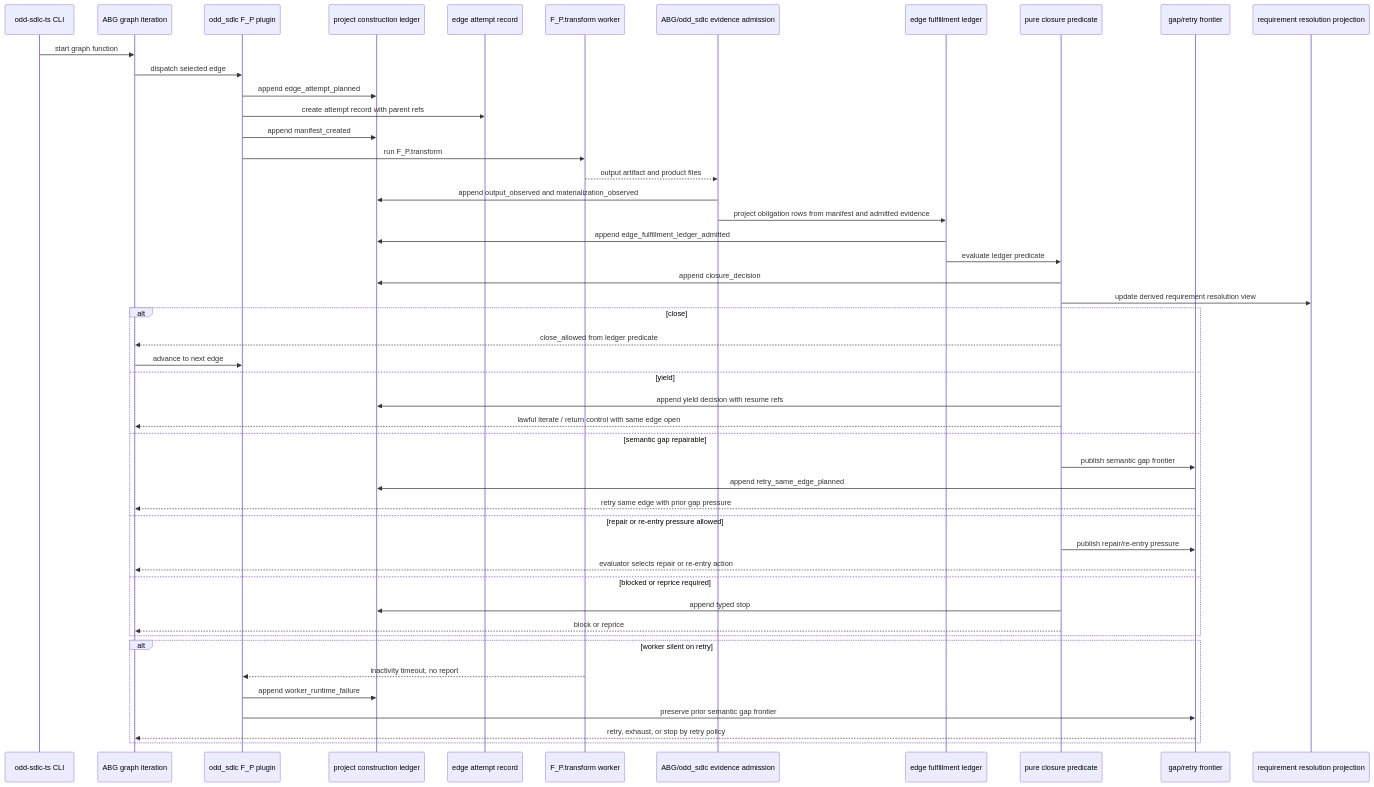
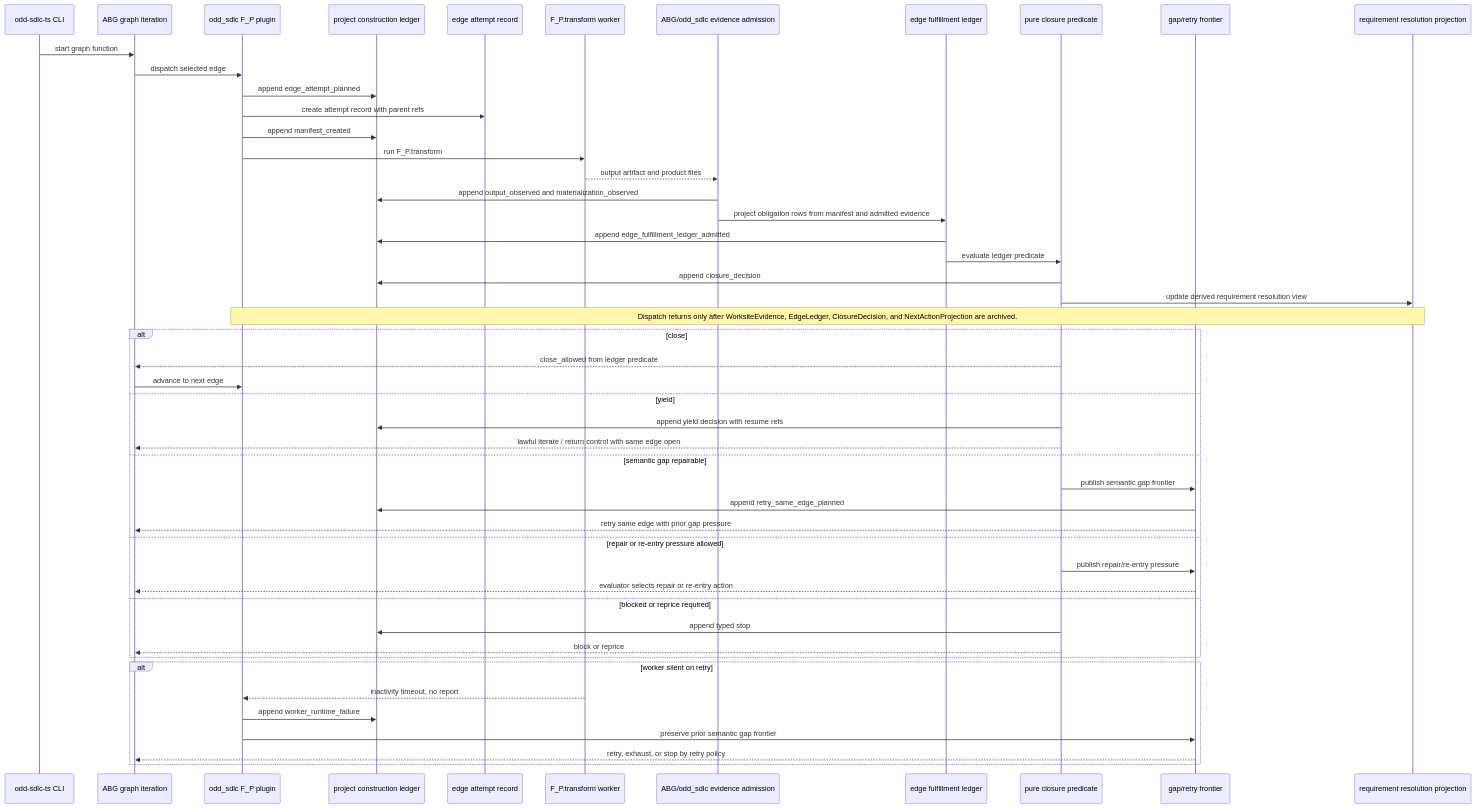
The sixth of 6 diagrams in build_tenants/typescript/design/ODD_SDLC_TYPESCRIPT_TRAVERSAL_LEDGER_SOLUTION.md (foolishimp/odd_sdlc), drawn with Mermaid before and after one commit. The commit also changed 18 other files, not shown here.

````diff
--- a/build_tenants/typescript/design/ODD_SDLC_TYPESCRIPT_TRAVERSAL_LEDGER_SOLUTION.md
+++ b/build_tenants/typescript/design/ODD_SDLC_TYPESCRIPT_TRAVERSAL_LEDGER_SOLUTION.md
@@ -783,53 +783,55 @@
 ```mermaid
 sequenceDiagram
   participant CLI as odd-sdlc-ts CLI
   participant ABG as ABG graph iteration
   participant Operator as odd_sdlc F_P plugin
   participant ProjectLedger as project construction ledger
   participant EdgeAttempt as edge attempt record
   participant Worker as F_P.transform worker
   participant Observe as ABG/odd_sdlc evidence admission
   participant EdgeLedger as edge fulfillment ledger
   participant Fold as pure closure predicate
   participant Frontier as gap/retry frontier
   participant Projection as requirement resolution projection
 
   CLI->>ABG: start graph function
   ABG->>Operator: dispatch selected edge
   Operator->>ProjectLedger: append edge_attempt_planned
   Operator->>EdgeAttempt: create attempt record with parent refs
   Operator->>ProjectLedger: append manifest_created
   Operator->>Worker: run F_P.transform
   Worker-->>Observe: output artifact and product files
   Observe->>ProjectLedger: append output_observed and materialization_observed
   Observe->>EdgeLedger: project obligation rows from manifest and admitted evidence
   EdgeLedger->>ProjectLedger: append edge_fulfillment_ledger_admitted
   EdgeLedger->>Fold: evaluate ledger predicate
   Fold->>ProjectLedger: append closure_decision
   Fold->>Projection: update derived requirement resolution view
 
+  Note over Operator,Projection: Dispatch returns only after WorksiteEvidence, EdgeLedger, ClosureDecision, and NextActionProjection are archived.
+
   alt close
     Fold-->>ABG: close_allowed from ledger predicate
     ABG->>Operator: advance to next edge
   else yield
     Fold->>ProjectLedger: append yield decision with resume refs
     Fold-->>ABG: lawful iterate / return control with same edge open
   else semantic gap repairable
     Fold->>Frontier: publish semantic gap frontier
     Frontier->>ProjectLedger: append retry_same_edge_planned
     Frontier-->>ABG: retry same edge with prior gap pressure
   else repair or re-entry pressure allowed
     Fold->>Frontier: publish repair/re-entry pressure
     Frontier-->>ABG: evaluator selects repair or re-entry action
   else blocked or reprice required
     Fold->>ProjectLedger: append typed stop
     Fold-->>ABG: block or reprice
   end
 
   alt worker silent on retry
     Worker-->>Operator: inactivity timeout, no report
     Operator->>ProjectLedger: append worker_runtime_failure
     Operator->>Frontier: preserve prior semantic gap frontier
     Frontier-->>ABG: retry, exhaust, or stop by retry policy
   end
 ```
````
